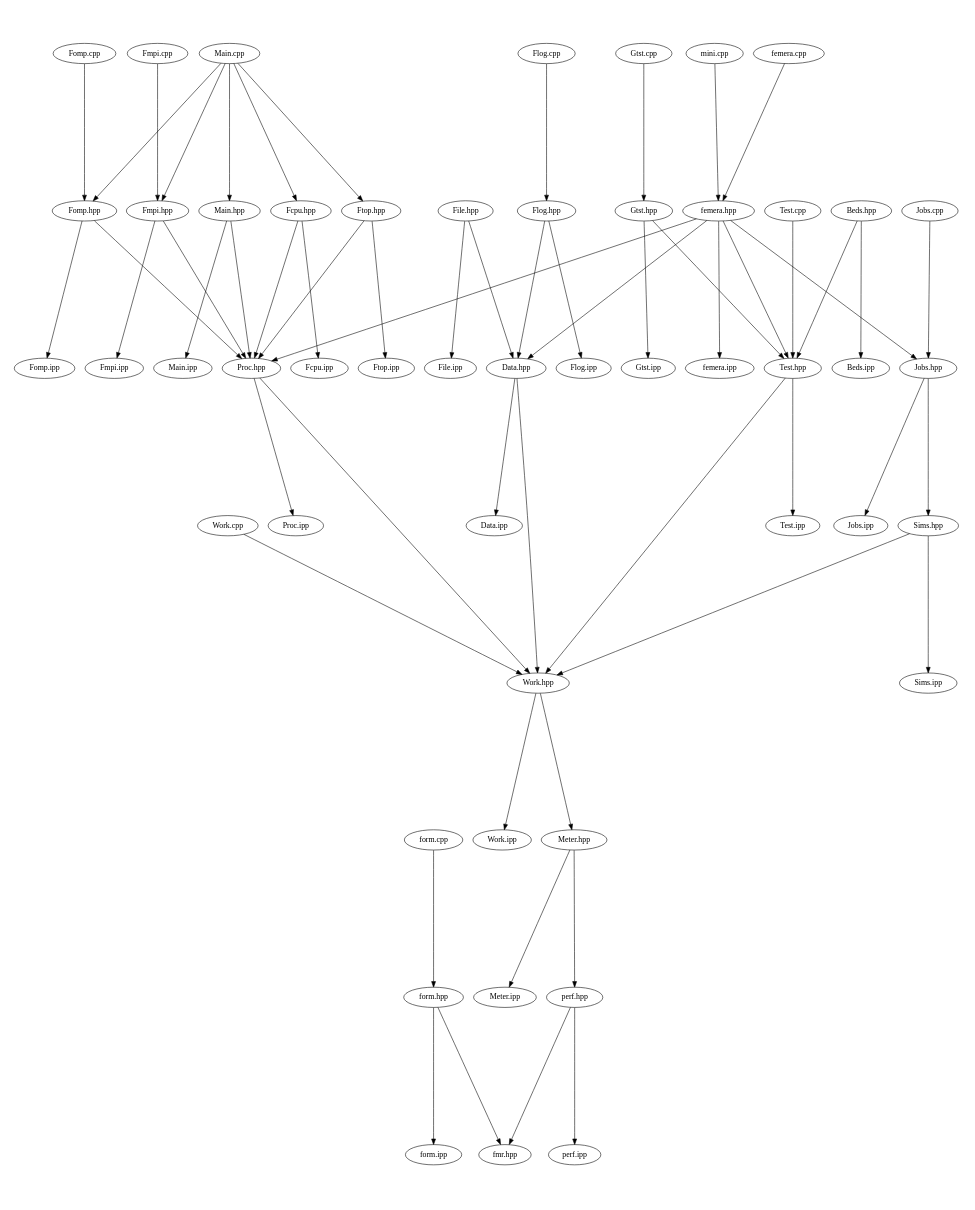
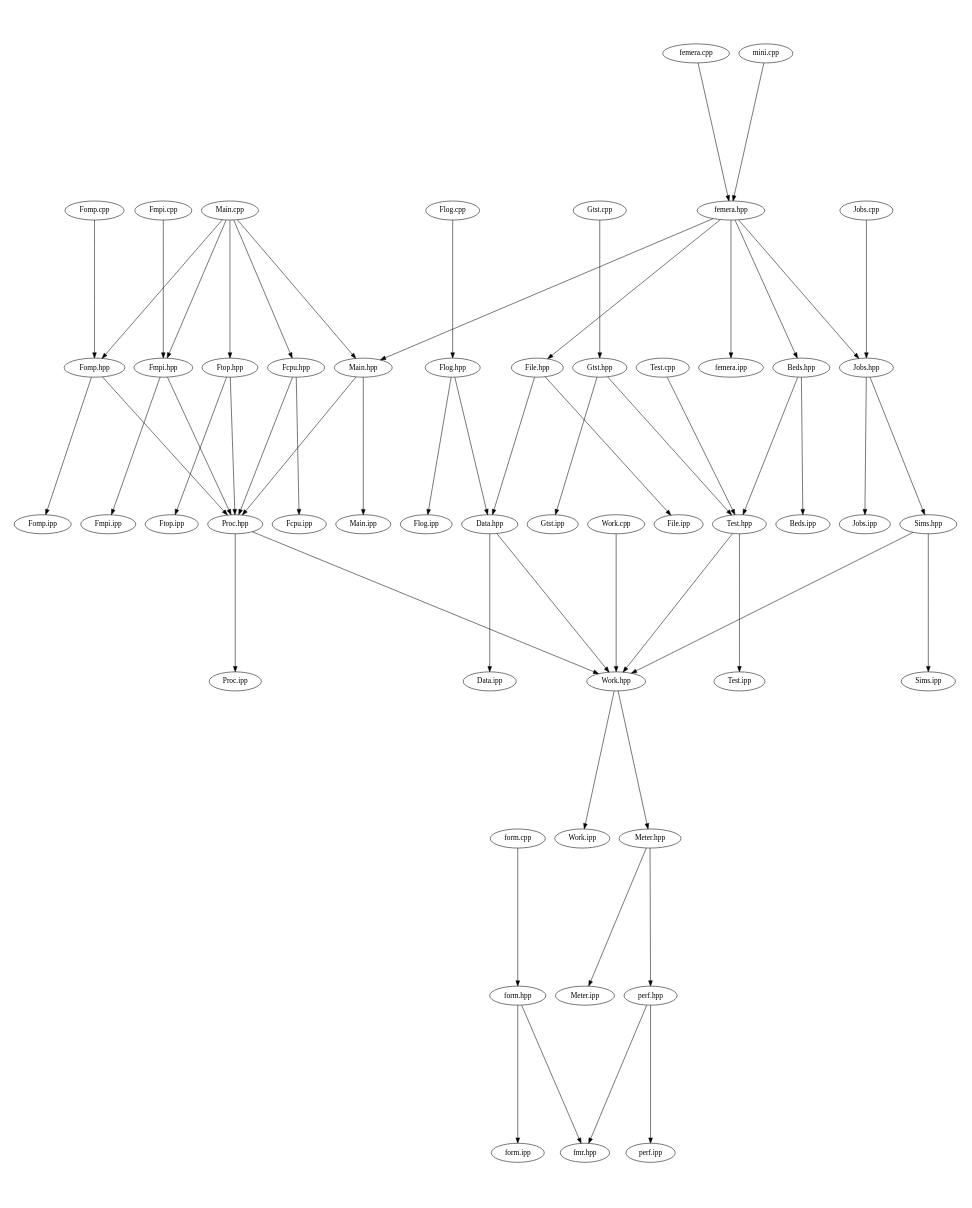
One commit to waggyz/femera-mini-app changed the diagram in src/docs/src-notest.dot. Above: the diagram before and after it, drawn with Graphviz. The commit also changed 30 other files, not shown here.

Commit message:
removed Proc_t,Test_t,Data_t; concrete interfaces are Main_t,Beds_t,File_t, respectively

```diff
--- a/src/docs/src-notest.dot
+++ b/src/docs/src-notest.dot
@@ -1,64 +1,64 @@
 digraph "source tree" {
     overlap=scale;
     size="8,10";
     ratio="fill";
     fontsize="16";
     fontname="Helvetica";
 	clusterrank="local";
 	"femera.hpp" -> "Jobs.hpp"
 	"Meter.hpp" -> "perf.hpp"
 	"Main.cpp" -> "Fomp.hpp"
 	"Sims.hpp" -> "Work.hpp"
 	"femera.cpp" -> "femera.hpp"
 	"Fmpi.hpp" -> "Fmpi.ipp"
 	"Sims.hpp" -> "Sims.ipp"
 	"Jobs.hpp" -> "Jobs.ipp"
 	"Fomp.cpp" -> "Fomp.hpp"
-	"femera.hpp" -> "Proc.hpp"
 	"Main.cpp" -> "Main.hpp"
 	"Proc.hpp" -> "Proc.ipp"
 	"Main.cpp" -> "Fmpi.hpp"
 	"Main.cpp" -> "Fcpu.hpp"
 	"Ftop.hpp" -> "Ftop.ipp"
 	"perf.hpp" -> "fmr.hpp"
 	"Data.hpp" -> "Data.ipp"
 	"Work.hpp" -> "Work.ipp"
 	"Main.cpp" -> "Ftop.hpp"
 	"Fmpi.hpp" -> "Proc.hpp"
 	"Test.hpp" -> "Work.hpp"
 	"form.hpp" -> "form.ipp"
 	"Gtst.cpp" -> "Gtst.hpp"
 	"femera.hpp" -> "femera.ipp"
+	"femera.hpp" -> "Main.hpp"
 	"Fcpu.hpp" -> "Proc.hpp"
 	"Fomp.hpp" -> "Proc.hpp"
+	"femera.hpp" -> "File.hpp"
 	"Flog.hpp" -> "Data.hpp"
 	"File.hpp" -> "File.ipp"
 	"Meter.hpp" -> "Meter.ipp"
 	"Fomp.hpp" -> "Fomp.ipp"
 	"Gtst.hpp" -> "Gtst.ipp"
 	"form.cpp" -> "form.hpp"
 	"perf.hpp" -> "perf.ipp"
 	"Fmpi.cpp" -> "Fmpi.hpp"
 	"Fcpu.hpp" -> "Fcpu.ipp"
 	"Work.cpp" -> "Work.hpp"
 	"Main.hpp" -> "Main.ipp"
 	"Test.cpp" -> "Test.hpp"
+	"femera.hpp" -> "Beds.hpp"
 	"Jobs.hpp" -> "Sims.hpp"
-	"femera.hpp" -> "Test.hpp"
 	"Jobs.cpp" -> "Jobs.hpp"
 	"Ftop.hpp" -> "Proc.hpp"
 	"File.hpp" -> "Data.hpp"
 	"mini.cpp" -> "femera.hpp"
 	"Beds.hpp" -> "Test.hpp"
 	"Proc.hpp" -> "Work.hpp"
 	"form.hpp" -> "fmr.hpp"
 	"Gtst.hpp" -> "Test.hpp"
 	"Flog.cpp" -> "Flog.hpp"
 	"Data.hpp" -> "Work.hpp"
-	"femera.hpp" -> "Data.hpp"
 	"Beds.hpp" -> "Beds.ipp"
 	"Work.hpp" -> "Meter.hpp"
 	"Main.hpp" -> "Proc.hpp"
 	"Flog.hpp" -> "Flog.ipp"
 	"Test.hpp" -> "Test.ipp"
 }
```
